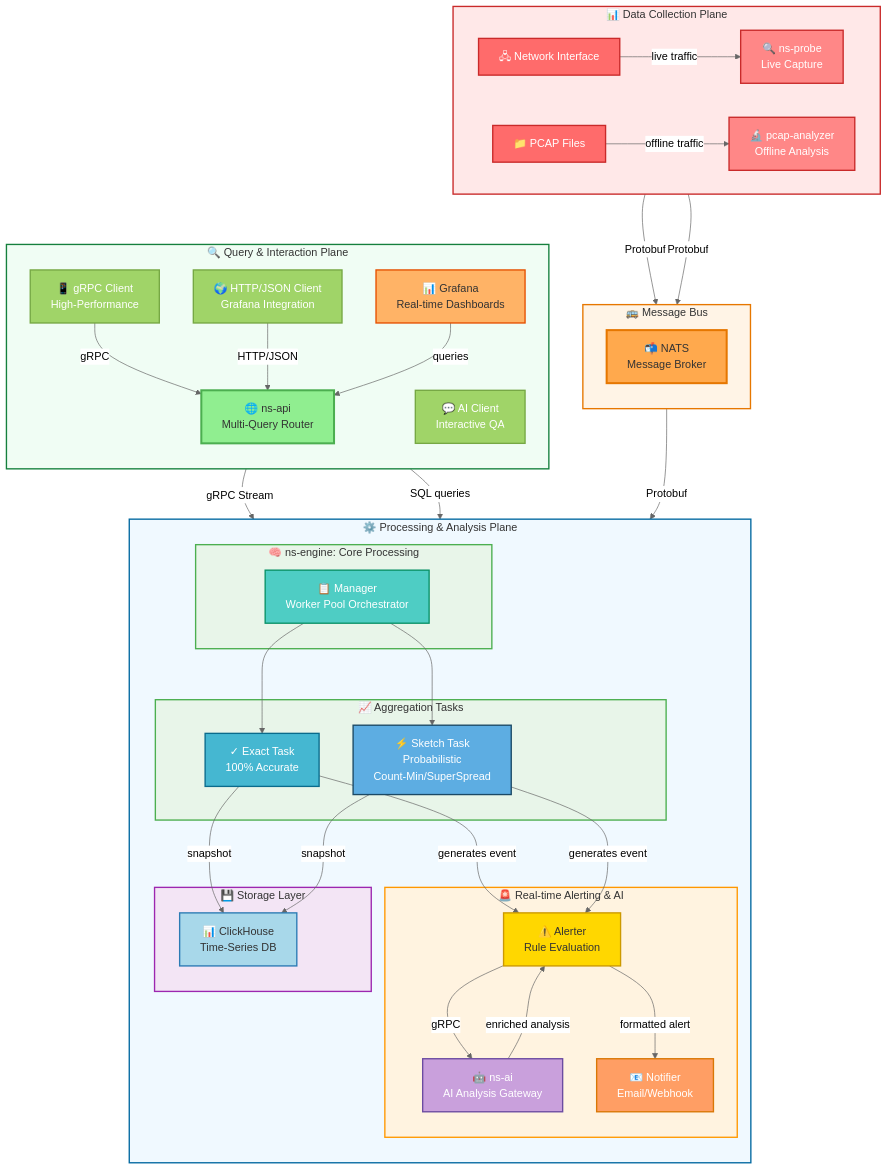
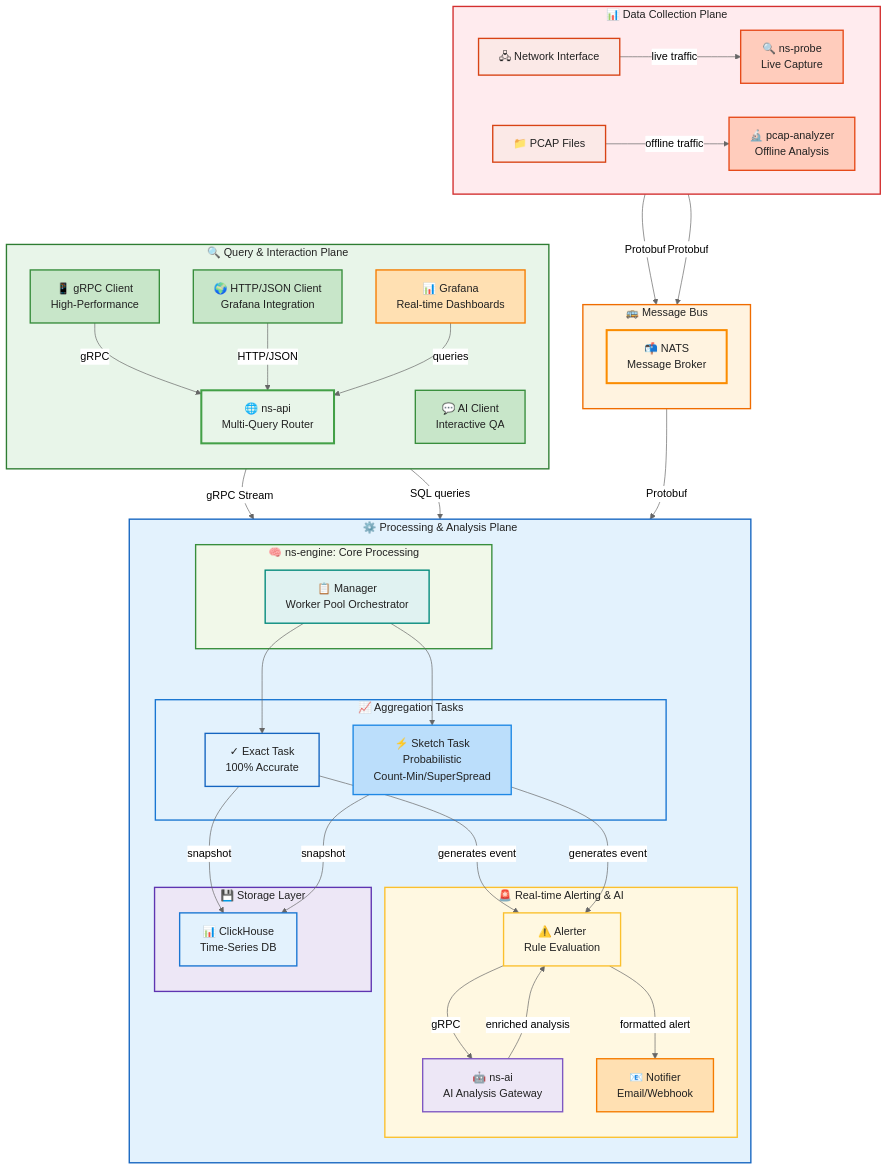
The diagram in README.md (Decade-qiu/Go2NetSpectra), drawn with Mermaid (neutral theme) before and after one commit.

Commit message:
📝 update README.md

````diff
--- a/README.md
+++ b/README.md
@@ -52,107 +52,102 @@
 ```mermaid
 graph TD
-    subgraph DataPlane["📊 Data Collection Plane"]
-        direction LR
-        Iface["🖧 Network Interface"]
-        Pcap["📁 PCAP Files"]
-        Probe["🔍 ns-probe<br/>Live Capture"]
-        Analyzer["🔬 pcap-analyzer<br/>Offline Analysis"]
-        
-        Iface -->|live traffic| Probe
-        Pcap -->|offline traffic| Analyzer
-        
-        style Iface fill:#FF6B6B,stroke:#C92A2A,stroke-width:2px,color:#fff
-        style Pcap fill:#FF6B6B,stroke:#C92A2A,stroke-width:2px,color:#fff
-        style Probe fill:#FF8787,stroke:#C92A2A,stroke-width:2px,color:#fff
-        style Analyzer fill:#FF8787,stroke:#C92A2A,stroke-width:2px,color:#fff
-    end
+    subgraph DataPlane["📊 Data Collection Plane"]
+        direction LR
+        Iface["🖧 Network Interface"]
+        Pcap["📁 PCAP Files"]
+        Probe["🔍 ns-probe<br/>Live Capture"]
+        Analyzer["🔬 pcap-analyzer<br/>Offline Analysis"]
+        
+        Iface -->|live traffic| Probe
+        Pcap -->|offline traffic| Analyzer
 
-    subgraph MessageBus["🚌 Message Bus"]
-        direction TB
-        NATS["📬 NATS<br/>Message Broker"]
-        
-        style NATS fill:#FFA94D,stroke:#E67700,stroke-width:3px,color:#333
-    end
+        style Iface fill:#fbe9e7,stroke:#d84315,stroke-width:2px,color:#222
+        style Pcap fill:#fbe9e7,stroke:#d84315,stroke-width:2px,color:#222
+        style Probe fill:#ffccbc,stroke:#e64a19,stroke-width:2px,color:#222
+        style Analyzer fill:#ffccbc,stroke:#e64a19,stroke-width:2px,color:#222
+    end
 
-    subgraph ProcessingPlane["⚙️ Processing & Analysis Plane"]
-        direction TB
-        
-        subgraph Engine["🧠 ns-engine: Core Processing"]
-            Manager["📋 Manager<br/>Worker Pool Orchestrator"]
-            
-            style Manager fill:#4ECDC4,stroke:#099268,stroke-width:2px,color:#fff
-        end
-        
-        subgraph Aggregators["📈 Aggregation Tasks"]
-            ExactTask["✓ Exact Task<br/>100% Accurate"]
-            SketchTask["⚡ Sketch Task<br/>Probabilistic<br/>Count-Min/SuperSpread"]
-            
-            style ExactTask fill:#45B7D1,stroke:#0A6B8C,stroke-width:2px,color:#fff
-            style SketchTask fill:#5DADE2,stroke:#1B4965,stroke-width:2px,color:#fff
-        end
-        
-        subgraph Alerting["🚨 Real-time Alerting & AI"]
-            Alerter["⚠️ Alerter<br/>Rule Evaluation"]
-            AI_Service["🤖 ns-ai<br/>AI Analysis Gateway"]
-            Notifier["📧 Notifier<br/>Email/Webhook"]
-            
-            style Alerter fill:#FFD700,stroke:#CC9900,stroke-width:2px,color:#333
-            style AI_Service fill:#C9A0DC,stroke:#6B4BA1,stroke-width:2px,color:#fff
-            style Notifier fill:#FF9E64,stroke:#D97706,stroke-width:2px,color:#fff
-        end
-        
-        subgraph Storage["💾 Storage Layer"]
-            ClickHouse["📊 ClickHouse<br/>Time-Series DB"]
-            
-            style ClickHouse fill:#A8D8EA,stroke:#2B7BB4,stroke-width:2px,color:#333
-        end
-        
-        Manager --> ExactTask
-        Manager --> SketchTask
-        ExactTask -->|snapshot| ClickHouse
-        SketchTask -->|snapshot| ClickHouse
-        ExactTask -->|generates event| Alerter
-        SketchTask -->|generates event| Alerter
-        Alerter -->|gRPC| AI_Service
-        AI_Service -->|enriched analysis| Alerter
-        Alerter -->|formatted alert| Notifier
-        
-        style Engine fill:#e8f5e9,stroke:#4CAF50,stroke-width:2px
-        style Aggregators fill:#e8f5e9,stroke:#4CAF50,stroke-width:2px
-        style Alerting fill:#fff3e0,stroke:#FF9800,stroke-width:2px
-        style Storage fill:#f3e5f5,stroke:#9C27B0,stroke-width:2px
-    end
+    subgraph MessageBus["🚌 Message Bus"]
+        direction TB
+        NATS["📬 NATS<br/>Message Broker"]
+        style NATS fill:#fff3e0,stroke:#fb8c00,stroke-width:3px,color:#222
+    end
 
-    subgraph QueryPlane["🔍 Query & Interaction Plane"]
-        direction TB
-        
-        API["🌐 ns-api<br/>Multi-Query Router"]
-        GrpcClient["📱 gRPC Client<br/>High-Performance"]
-        HttpClient["🌍 HTTP/JSON Client<br/>Grafana Integration"]
-        AI_Client["💬 AI Client<br/>Interactive QA"]
-        
-        Grafana["📊 Grafana<br/>Real-time Dashboards"]
-        
-        style API fill:#90EE90,stroke:#4CAF50,stroke-width:3px,color:#333
-        style GrpcClient fill:#A0D468,stroke:#76A844,stroke-width:2px,color:#fff
-        style HttpClient fill:#A0D468,stroke:#76A844,stroke-width:2px,color:#fff
-        style AI_Client fill:#A0D468,stroke:#76A844,stroke-width:2px,color:#fff
-        style Grafana fill:#FFB366,stroke:#E65100,stroke-width:2px,color:#333
-    end
+    subgraph ProcessingPlane["⚙️ Processing & Analysis Plane"]
+        direction TB
+        
+        subgraph Engine["🧠 ns-engine: Core Processing"]
+            Manager["📋 Manager<br/>Worker Pool Orchestrator"]
+            style Manager fill:#e0f2f1,stroke:#00897b,stroke-width:2px,color:#222
+        end
+        
+        subgraph Aggregators["📈 Aggregation Tasks"]
+            ExactTask["✓ Exact Task<br/>100% Accurate"]
+            SketchTask["⚡ Sketch Task<br/>Probabilistic<br/>Count-Min/SuperSpread"]
+            style ExactTask fill:#e3f2fd,stroke:#1565c0,stroke-width:2px,color:#222
+            style SketchTask fill:#bbdefb,stroke:#1e88e5,stroke-width:2px,color:#222
+        end
+        
+        subgraph Alerting["🚨 Real-time Alerting & AI"]
+            Alerter["⚠️ Alerter<br/>Rule Evaluation"]
+            AI_Service["🤖 ns-ai<br/>AI Analysis Gateway"]
+            Notifier["📧 Notifier<br/>Email/Webhook"]
+            style Alerter fill:#fff8e1,stroke:#fbc02d,stroke-width:2px,color:#222
+            style AI_Service fill:#ede7f6,stroke:#7e57c2,stroke-width:2px,color:#222
+            style Notifier fill:#ffe0b2,stroke:#f57c00,stroke-width:2px,color:#222
+        end
+        
+        subgraph Storage["💾 Storage Layer"]
+            ClickHouse["📊 ClickHouse<br/>Time-Series DB"]
+            style ClickHouse fill:#e3f2fd,stroke:#1976d2,stroke-width:2px,color:#222
+        end
+        
+        Manager --> ExactTask
+        Manager --> SketchTask
+        ExactTask -->|snapshot| ClickHouse
+        SketchTask -->|snapshot| ClickHouse
+        ExactTask -->|generates event| Alerter
+        SketchTask -->|generates event| Alerter
+        Alerter -->|gRPC| AI_Service
+        AI_Service -->|enriched analysis| Alerter
+        Alerter -->|formatted alert| Notifier
+        
+        %% --- 修改点 1：为 ProcessingPlane 内部的 subgraph 添加 color ---
+        style Engine fill:#f1f8e9,stroke:#388e3c,stroke-width:2px,color:#222
+        style Aggregators fill:#e3f2fd,stroke:#1976d2,stroke-width:2px,color:#222
+        style Alerting fill:#fff8e1,stroke:#fbc02d,stroke-width:2px,color:#222
+        style Storage fill:#ede7f6,stroke:#5e35b1,stroke-width:2px,color:#222
+    end
 
-    Probe -->|Protobuf| NATS
-    Analyzer -->|Protobuf| NATS
-    NATS -->|Protobuf| Manager
-    
-    GrpcClient -->|gRPC| API
-    HttpClient -->|HTTP/JSON| API
-    AI_Client -->|gRPC Stream| AI_Service
-    
-    API -->|SQL queries| ClickHouse
-    Grafana -->|queries| API
-    
-    style DataPlane fill:#ffe8e8,stroke:#C92A2A,stroke-width:2px
-    style MessageBus fill:#fff4e6,stroke:#E67700,stroke-width:2px
-    style ProcessingPlane fill:#f0f9ff,stroke:#0369A1,stroke-width:2px
-    style QueryPlane fill:#f0fdf4,stroke:#15803D,stroke-width:2px
+    subgraph QueryPlane["🔍 Query & Interaction Plane"]
+        direction TB
+        
+        API["🌐 ns-api<br/>Multi-Query Router"]
+        GrpcClient["📱 gRPC Client<br/>High-Performance"]
+        HttpClient["🌍 HTTP/JSON Client<br/>Grafana Integration"]
+        AI_Client["💬 AI Client<br/>Interactive QA"]
+        Grafana["📊 Grafana<br/>Real-time Dashboards"]
+        
+        style API fill:#e8f5e9,stroke:#43a047,stroke-width:3px,color:#222
+        style GrpcClient fill:#c8e6c9,stroke:#388e3c,stroke-width:2px,color:#222
+        style HttpClient fill:#c8e6c9,stroke:#388e3c,stroke-width:2px,color:#222
+        style AI_Client fill:#c8e6c9,stroke:#388e3c,stroke-width:2px,color:#222
+        style Grafana fill:#ffe0b2,stroke:#f57c00,stroke-width:2px,color:#222
+    end
+
+    Probe -->|Protobuf| NATS
+    Analyzer -->|Protobuf| NATS
+    NATS -->|Protobuf| Manager
+    
+    GrpcClient -->|gRPC| API
+    HttpClient -->|HTTP/JSON| API
+    AI_Client -->|gRPC Stream| AI_Service
+    API -->|SQL queries| ClickHouse
+    Grafana -->|queries| API
+
+    %% --- 修改点 2：为顶层 subgraph 添加 color ---
+    style DataPlane fill:#ffebee,stroke:#d32f2f,stroke-width:2px,color:#222
+    style MessageBus fill:#fff3e0,stroke:#ef6c00,stroke-width:2px,color:#222
+    style ProcessingPlane fill:#e3f2fd,stroke:#1565c0,stroke-width:2px,color:#222
+    style QueryPlane fill:#e8f5e9,stroke:#2e7d32,stroke-width:2px,color:#222
 ```
````
